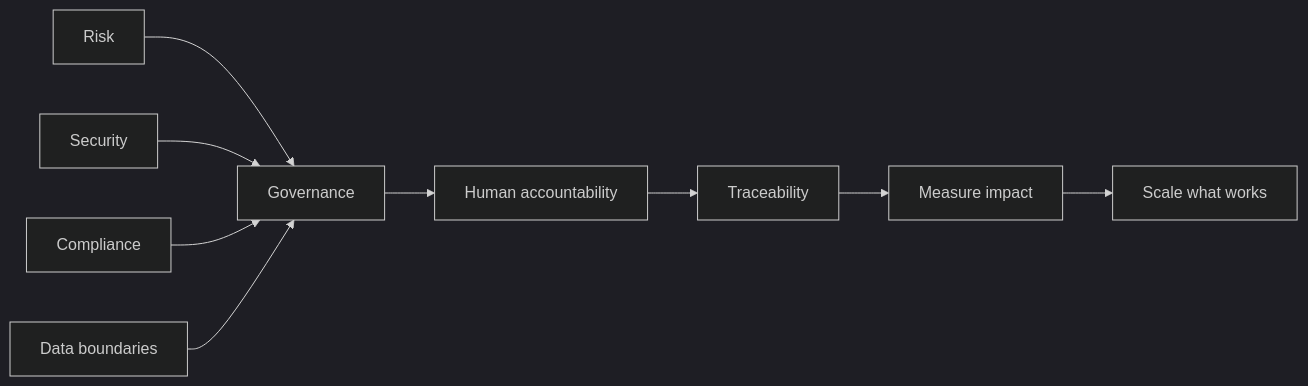
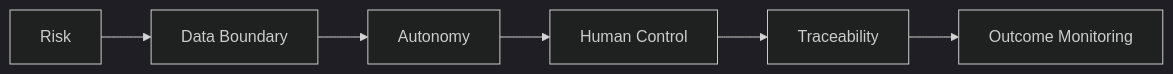
One commit to psilva-git/enterprise-ai-delivery changed the fifth of 7 diagrams in README.md. Above: the diagram before and after it, drawn with Mermaid (dark theme). The commit also changed other lines of this file, not shown here.

````diff
--- a/README.md
+++ b/README.md
@@ -113,11 +168,8 @@
 ```mermaid
 flowchart LR
-    R[Risk] --> G[Governance]
-    S[Security] --> G
-    C[Compliance] --> G
-    D[Data boundaries] --> G
-    G --> H[Human accountability]
-    H --> T[Traceability]
-    T --> M[Measure impact]
-    M --> X[Scale what works]
+    RISK[Risk] --> DATA[Data Boundary]
+    DATA --> AUTO[Autonomy]
+    AUTO --> HUMAN[Human Control]
+    HUMAN --> TRACE[Traceability]
+    TRACE --> METRICS[Outcome Monitoring]
 ```
````
